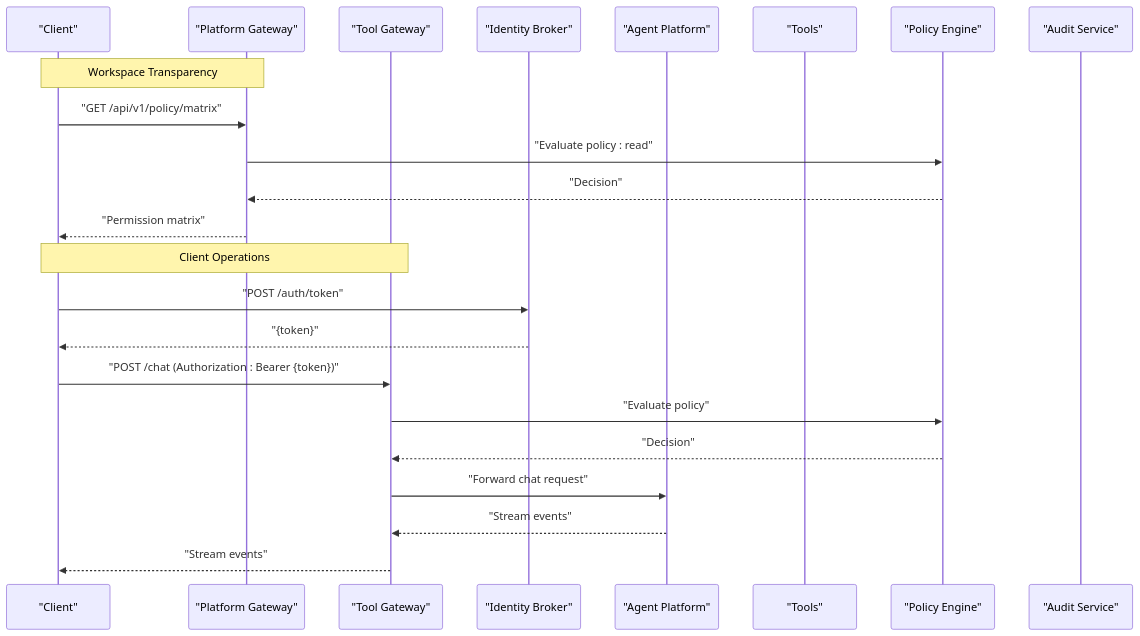
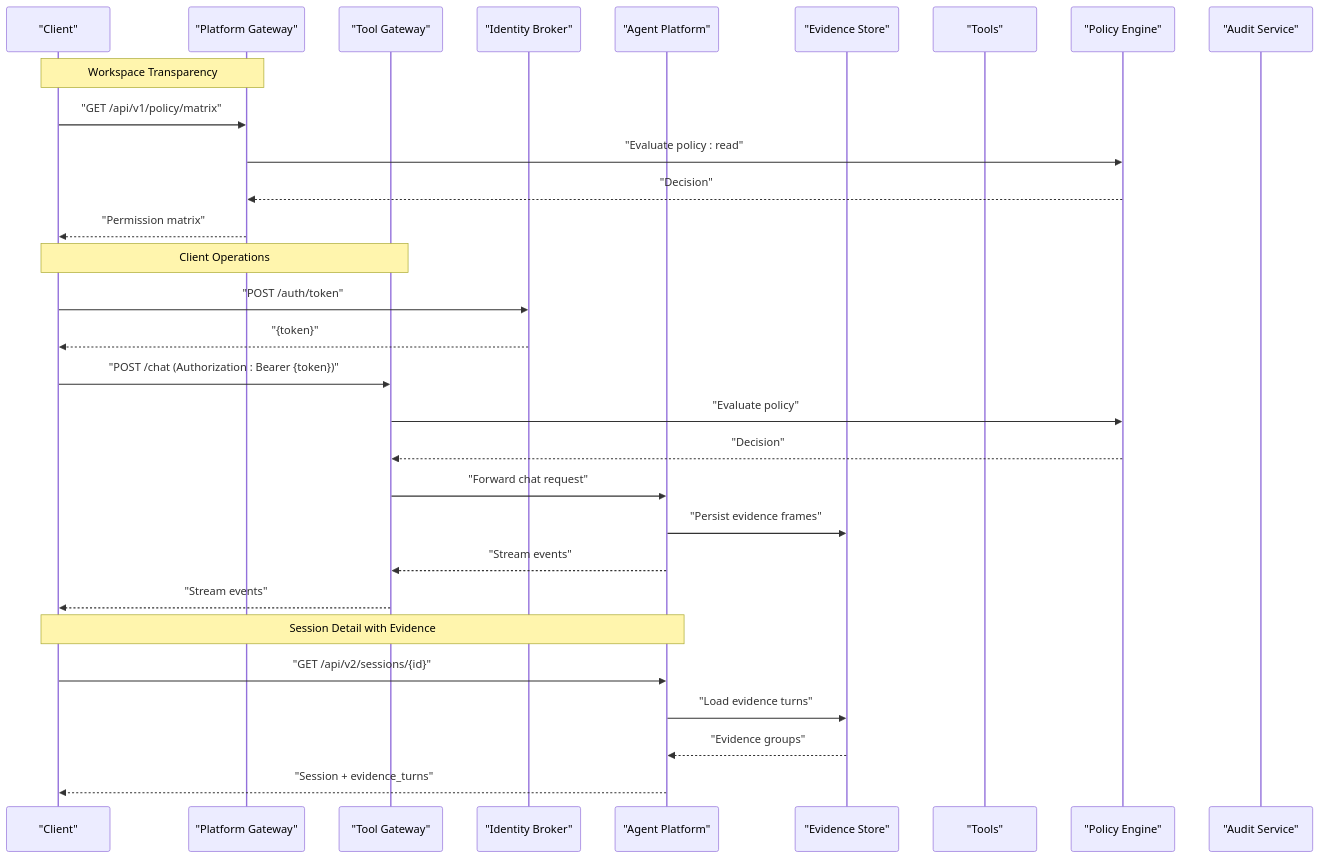
Before and after one commit to metasync/luban-aiops: the second of 3 diagrams in .qoder/repowiki/en/content/API Reference/API Reference.md, drawn with Mermaid. The commit also changed other lines of this file and 8 other files, not shown here.

````diff
--- a/.qoder/repowiki/en/content/API Reference/API Reference.md
+++ b/.qoder/repowiki/en/content/API Reference/API Reference.md
@@ -163,25 +170,32 @@
 ```mermaid
 sequenceDiagram
 participant C as "Client"
 participant PG as "Platform Gateway"
 participant TG as "Tool Gateway"
 participant I as "Identity Broker"
 participant A as "Agent Platform"
+participant ES as "Evidence Store"
 participant T as "Tools"
 participant P as "Policy Engine"
 participant AS as "Audit Service"
 Note over C,PG : Workspace Transparency
 C->>PG : "GET /api/v1/policy/matrix"
 PG->>P : "Evaluate policy : read"
 P-->>PG : "Decision"
 PG-->>C : "Permission matrix"
 Note over C,TG : Client Operations
 C->>I : "POST /auth/token"
 I-->>C : "{token}"
 C->>TG : "POST /chat (Authorization : Bearer {token})"
 TG->>P : "Evaluate policy"
 P-->>TG : "Decision"
 TG->>A : "Forward chat request"
+A->>ES : "Persist evidence frames"
 A-->>TG : "Stream events"
 TG-->>C : "Stream events"
+Note over C,A : Session Detail with Evidence
+C->>A : "GET /api/v2/sessions/{id}"
+A->>ES : "Load evidence turns"
+ES-->>A : "Evidence groups"
+A-->>C : "Session + evidence_turns"
 ```
````
